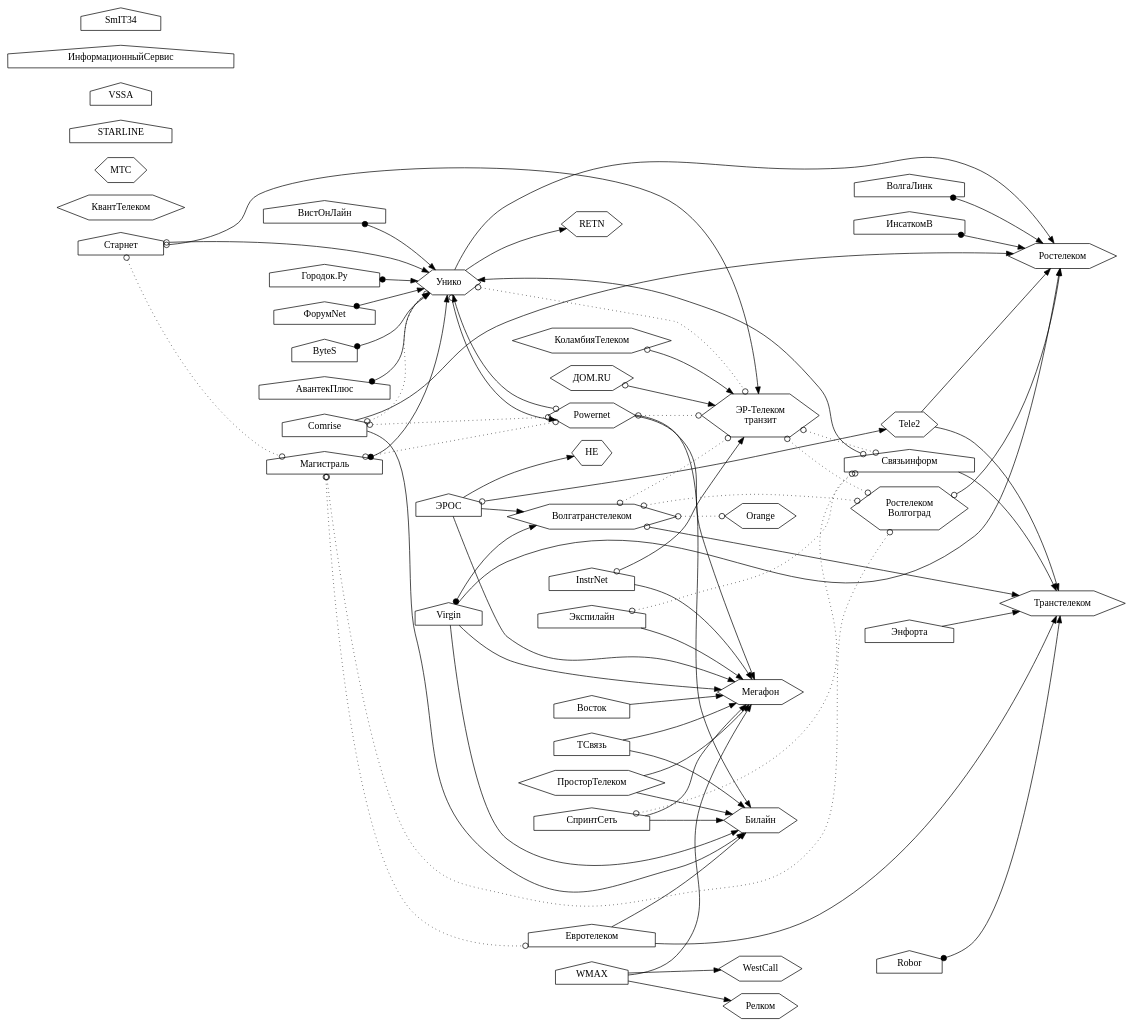
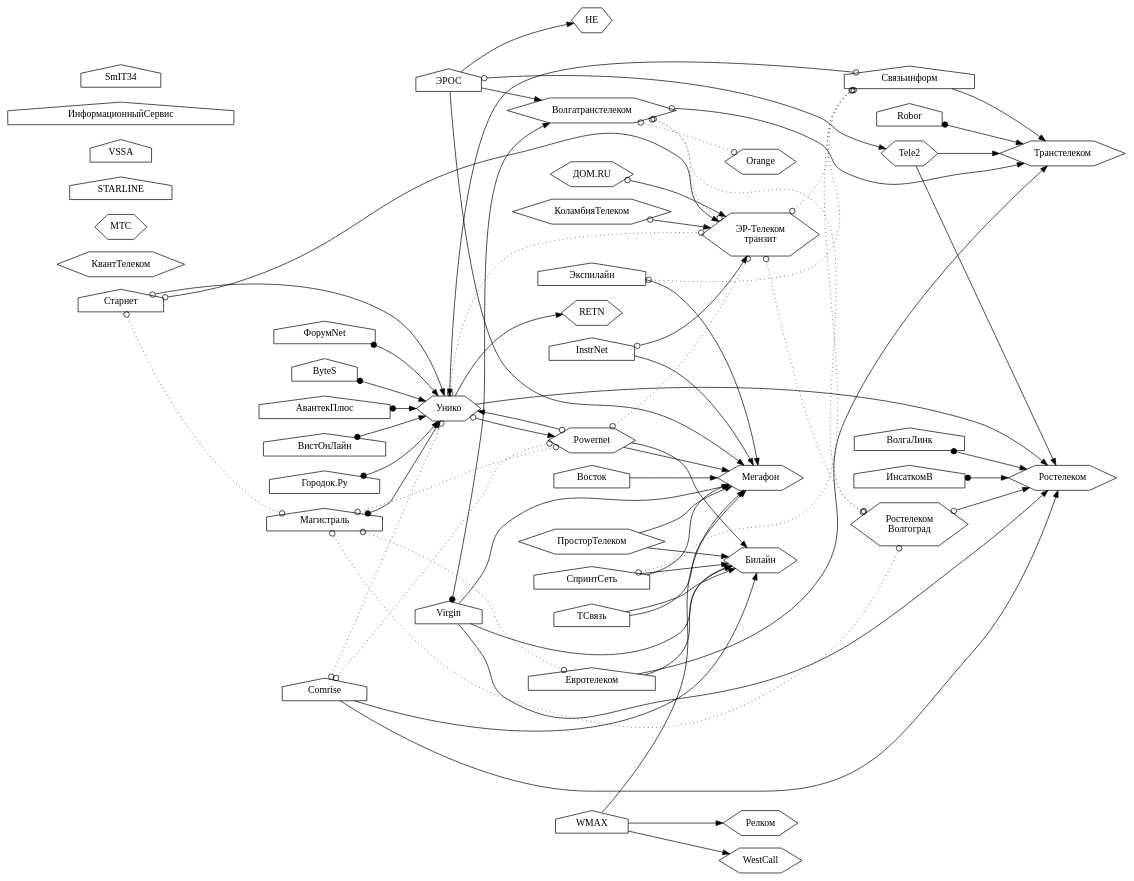
One commit to Urlandi/elsv-v.ru changed the diagram in static/links/links.dot. Above: the diagram before and after it, drawn with Graphviz. The commit also changed 5 other files, not shown here.

```diff
--- a/static/links/links.dot
+++ b/static/links/links.dot
@@ -1,167 +1,165 @@
 digraph ispgraph {
 
 rankdir = LR;
 node [shape=house;];
 
 Унико, ДомРу, ЭрТелеком, Транстелеком, Волгатранстелеком, Релком [shape=hexagon;];
 Мегафон, Вымпелком, КоламбияТелеком, Ростелеком, HE, КвантТелеком [shape=hexagon;];
 Tele2, МТС, ЮТК, Orange, ПросторТелеком, WestCall, Powernet, RETN [shape=hexagon;];
 
 ДомРу [label="ДОМ.RU"];
 ЭрТелеком [label="ЭР-Телеком\nтранзит"];
 ЮТК [label="Ростелеком\nВолгоград"];
 Вымпелком [label="Билайн"];
 ГородокТочкаРу [label="Городок.Ру"];
 
 subgraph backbone {/*Собственная опорная сеть*/
 Транстелеком;
 Мегафон;
 Вымпелком;
 Ростелеком;
 HE;
 МТС;
 Orange;
 ЭрТелеком;
 WestCall;
 };
 
 subgraph Ростелеком {/*Провайдеры члены Ростелеком*/
 Ростелеком;
 ЮТК;
 };
 
 subgraph ЭрТелекомХолдинг {/*ЭР-Телеком*/
 ДомРу;
 ЭрТелеком;
 КоламбияТелеком;
 };
 
 {/*Отсутствует информация о подключении*/
 STARLINE;
 VSSA;
 ИнформационныйСервис;
 КвантТелеком;
 SmIT34;
 };
 
 
 {/*Магистральные связи*/
 
 Связьинформ -> Транстелеком;
 
 Tele2 -> Ростелеком;
 Tele2 -> Транстелеком;
 
 СпринтСеть -> Вымпелком;
 СпринтСеть -> Мегафон;
 
 Экспилайн -> Мегафон;
 
 ЭРОС -> Волгатранстелеком;
 ЭРОС -> HE;
 ЭРОС -> Мегафон;
 
 Comrise -> Ростелеком;
 Comrise -> Вымпелком;
 
 Powernet -> Мегафон;
 Powernet -> Вымпелком;
 
 Евротелеком -> Транстелеком;
 Евротелеком -> Вымпелком;
 
 Virgin -> Вымпелком;
 Virgin -> Мегафон;
 Virgin -> Ростелеком;
 
 Унико -> Ростелеком;
 Унико -> RETN;
-
-Энфорта -> Транстелеком;
 
 ПросторТелеком -> Вымпелком;
 ПросторТелеком -> Мегафон;
 
 WMAX -> Мегафон;
 WMAX -> WestCall;
 WMAX -> Релком;
 
 InstrNet -> Мегафон;
 
 ТСвязь -> Мегафон;
 ТСвязь -> Вымпелком;
 
 Восток -> Мегафон;
 
 {/*Пиринг с магистральным оператором*/
 edge [dir=both; arrowtail=odot;];
 
 Связьинформ -> Унико;
 
 Старнет -> Унико;
 Старнет -> ЭрТелеком;
 
 ЭРОС -> Tele2;
 
 Powernet -> Унико;
 Унико -> Powernet;
 
 ЮТК -> Ростелеком;
 
 Волгатранстелеком -> Транстелеком;
 
 ДомРу -> ЭрТелеком;
 КоламбияТелеком -> ЭрТелеком;
 
 InstrNet -> ЭрТелеком;
 
 };
 
 {/*Маршрутизация на оборудовании магистрального оператора*/
 edge [dir=both; arrowtail=dot;];
 
 ВолгаЛинк -> Ростелеком;
 ИнсаткомВ -> Ростелеком;
 Магистраль -> Унико;
 ГородокТочкаРу -> Унико;
 ФорумNet -> Унико;
 ByteS -> Унико;
 АвантекПлюс -> Унико;
 Robor -> Транстелеком;
 Virgin -> Волгатранстелеком;
 ВистОнЛайн -> Унико;
 };
 
 };
 
 {/*Пиринг*/
 
 edge [dir=both; arrowhead=odot; arrowtail=odot; style=dotted;];
 
 СпринтСеть -> Связьинформ;
 
 Старнет -> Магистраль;
 
 Экспилайн -> Связьинформ;
 
 Comrise -> Унико;
 Comrise -> Powernet;
 
 Powernet -> ЭрТелеком;
 
 Магистраль -> Powernet;
 Магистраль -> ЮТК;
 Магистраль -> Евротелеком;
 
 Унико -> ЭрТелеком;
 
 Волгатранстелеком -> ЮТК;
 Волгатранстелеком -> ЭрТелеком;
 Волгатранстелеком -> Orange;
 
 ЭрТелеком -> ЮТК;
 ЭрТелеком -> Связьинформ;
 
 };
 
 }
```
